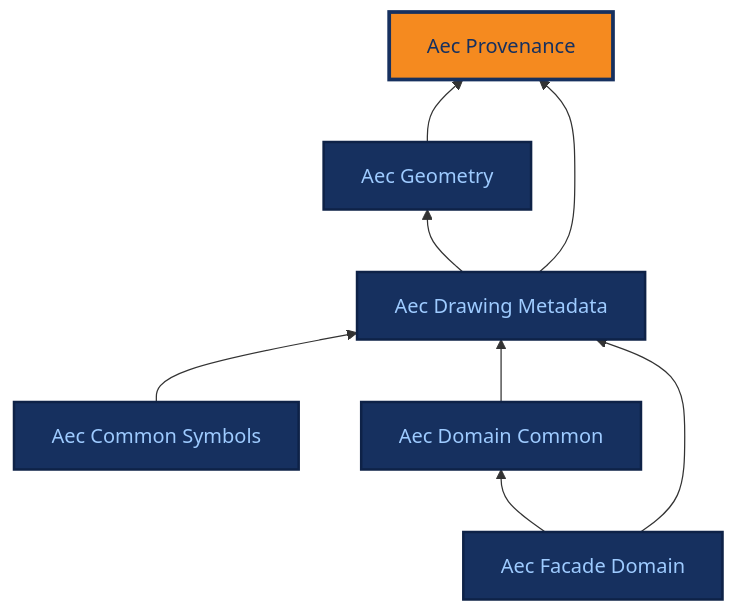
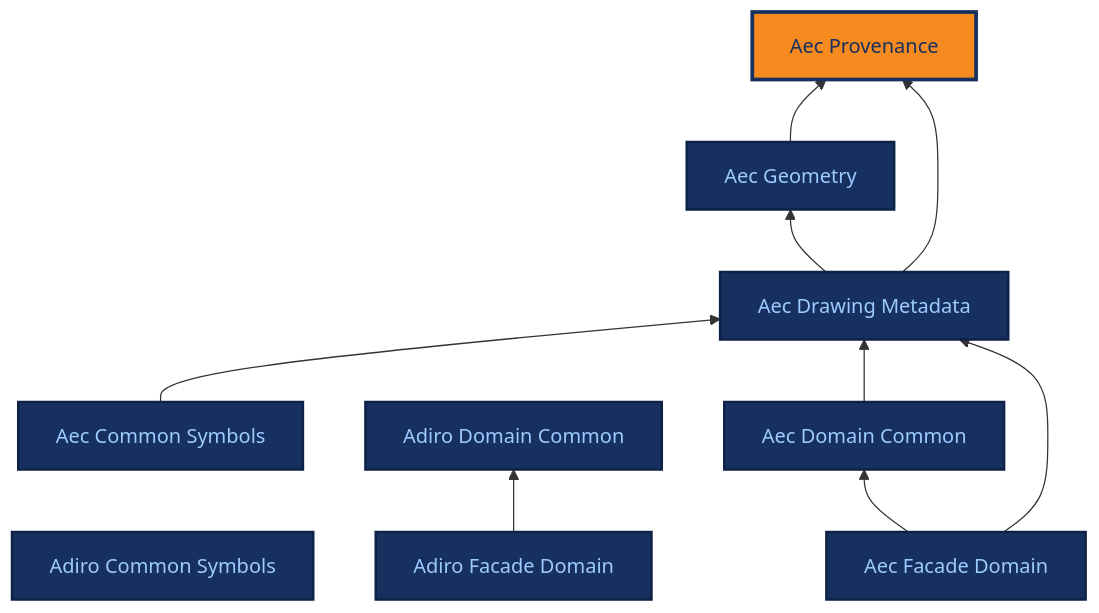
The diagram in docs/ontologies/aec_provenance.md (BuroHappoldMachineLearning/ADIRO), drawn with Mermaid before and after one commit. The commit also changed 162 other files, not shown here.

First line of the commit message:
feat: rename three modules, with the reference terms defined in adiro_drawing_symbology (#281, #277, #271)

````diff
--- a/docs/ontologies/aec_provenance.md
+++ b/docs/ontologies/aec_provenance.md
@@ -43,27 +43,34 @@
 ```mermaid
 %%{init: {"themeCSS": ".base .nodeLabel,.base .nodeLabel p,.base text,.base tspan{fill:#9ecbff !important;color:#9ecbff !important}.current .nodeLabel,.current .nodeLabel p,.current text,.current tspan{fill:#16305f !important;color:#16305f !important}"} }%%
 graph BT
     aec_provenance["Aec Provenance"]
     aec_geometry["Aec Geometry"]
     aec_drawing_metadata["Aec Drawing Metadata"]
+    adiro_common_symbols["Adiro Common Symbols"]
     aec_common_symbols["Aec Common Symbols"]
+    adiro_domain_common["Adiro Domain Common"]
     aec_domain_common["Aec Domain Common"]
+    adiro_facade_domain["Adiro Facade Domain"]
     aec_facade_domain["Aec Facade Domain"]
     aec_geometry --> aec_provenance
     aec_drawing_metadata --> aec_geometry
     aec_drawing_metadata --> aec_provenance
     aec_common_symbols --> aec_drawing_metadata
     aec_domain_common --> aec_drawing_metadata
+    adiro_facade_domain --> adiro_domain_common
     aec_facade_domain --> aec_domain_common
     aec_facade_domain --> aec_drawing_metadata
     click aec_provenance "../aec_provenance/" "Aec Provenance reference page"
     click aec_geometry "../aec_geometry/" "Aec Geometry reference page"
     click aec_drawing_metadata "../aec_drawing_metadata/" "Aec Drawing Metadata reference page"
+    click adiro_common_symbols "../adiro_common_symbols/" "Adiro Common Symbols reference page"
     click aec_common_symbols "../aec_common_symbols/" "Aec Common Symbols reference page"
+    click adiro_domain_common "../adiro_domain_common/" "Adiro Domain Common reference page"
     click aec_domain_common "../aec_domain_common/" "Aec Domain Common reference page"
+    click adiro_facade_domain "../adiro_facade_domain/" "Adiro Facade Domain reference page"
     click aec_facade_domain "../aec_facade_domain/" "Aec Facade Domain reference page"
     classDef base fill:#16305f,stroke:#0e2247,stroke-width:2px,color:#9ecbff;
-    class aec_geometry,aec_drawing_metadata,aec_common_symbols,aec_domain_common,aec_facade_domain base;
+    class aec_geometry,aec_drawing_metadata,adiro_common_symbols,aec_common_symbols,adiro_domain_common,aec_domain_common,adiro_facade_domain,aec_facade_domain base;
     classDef current fill:#f58a1f,stroke:#16305f,stroke-width:3px,color:#16305f;
     class aec_provenance current;
 ```
````
